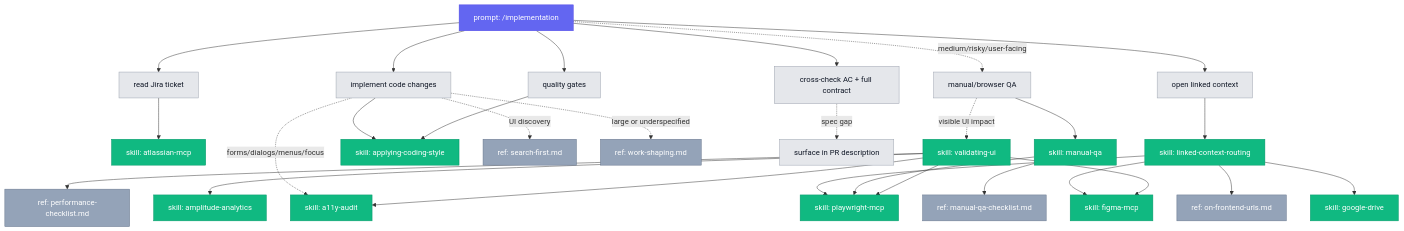
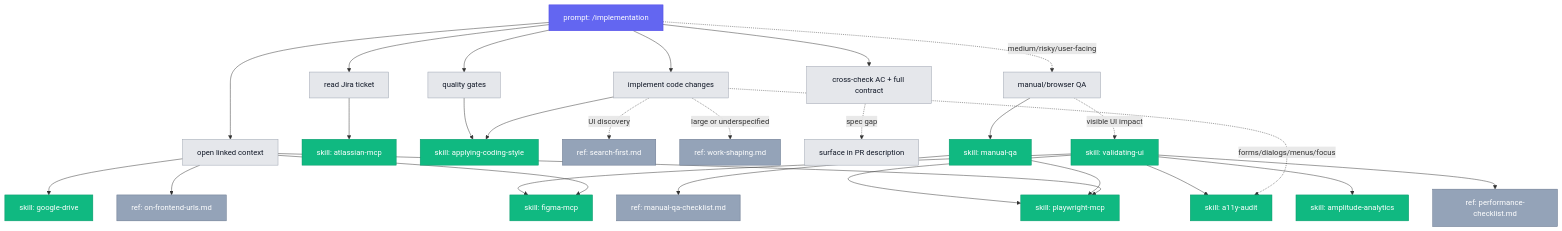
Before and after one commit to OktayCopurlu/ai-shared: the second of 5 diagrams in README.md, drawn with Mermaid. The commit also changed other lines of this file and 11 other files, not shown here.

````diff
--- a/README.md
+++ b/README.md
@@ -403,38 +401,37 @@
 ```mermaid
 flowchart TD
   classDef prompt fill:#6366f1,stroke:#4f46e5,color:#fff
   classDef skill fill:#10b981,stroke:#059669,color:#fff
   classDef ref fill:#94a3b8,stroke:#64748b,color:#fff
   classDef action fill:#e5e7eb,stroke:#9ca3af,color:#111827
 
   Impl["prompt: /implementation"]:::prompt
   Jira["read Jira ticket"]:::action
   Context["open linked context"]:::action
   Code["implement code changes"]:::action
   Gates["quality gates"]:::action
   CrossCheck["cross-check AC + full contract"]:::action
   QA["manual/browser QA"]:::action
 
   Impl --> Jira --> Atlas["skill: atlassian-mcp"]:::skill
-  Impl --> Context --> Link["skill: linked-context-routing"]:::skill
-  Link --> Figma["skill: figma-mcp"]:::skill
-  Link --> GDrive["skill: google-drive"]:::skill
-  Link --> Pw["skill: playwright-mcp"]:::skill
-  Link --> OnUrls["ref: on-frontend-urls.md"]:::ref
+  Impl --> Context --> Figma["skill: figma-mcp"]:::skill
+  Context --> GDrive["skill: google-drive"]:::skill
+  Context --> Pw["skill: playwright-mcp"]:::skill
+  Context --> OnUrls["ref: on-frontend-urls.md"]:::ref
   Impl --> Code --> Style["skill: applying-coding-style"]:::skill
   Code -. UI discovery .-> Search["ref: search-first.md"]:::ref
   Code -. forms/dialogs/menus/focus .-> A11y["skill: a11y-audit"]:::skill
   Code -. large or underspecified .-> Work["ref: work-shaping.md"]:::ref
   Impl --> Gates --> Style
   Impl --> CrossCheck
   CrossCheck -. spec gap .-> PRNote["surface in PR description"]:::action
   Impl -. medium/risky/user-facing .-> QA --> MQA["skill: manual-qa"]:::skill
   MQA --> MQARef["ref: manual-qa-checklist.md"]:::ref
   MQA --> Pw
   QA -. visible UI impact .-> UIVal["skill: validating-ui"]:::skill
   UIVal --> A11y
   UIVal --> Pw
   UIVal --> Amp["skill: amplitude-analytics"]:::skill
   UIVal --> Figma
   UIVal --> Perf["ref: performance-checklist.md"]:::ref
 ```
````
